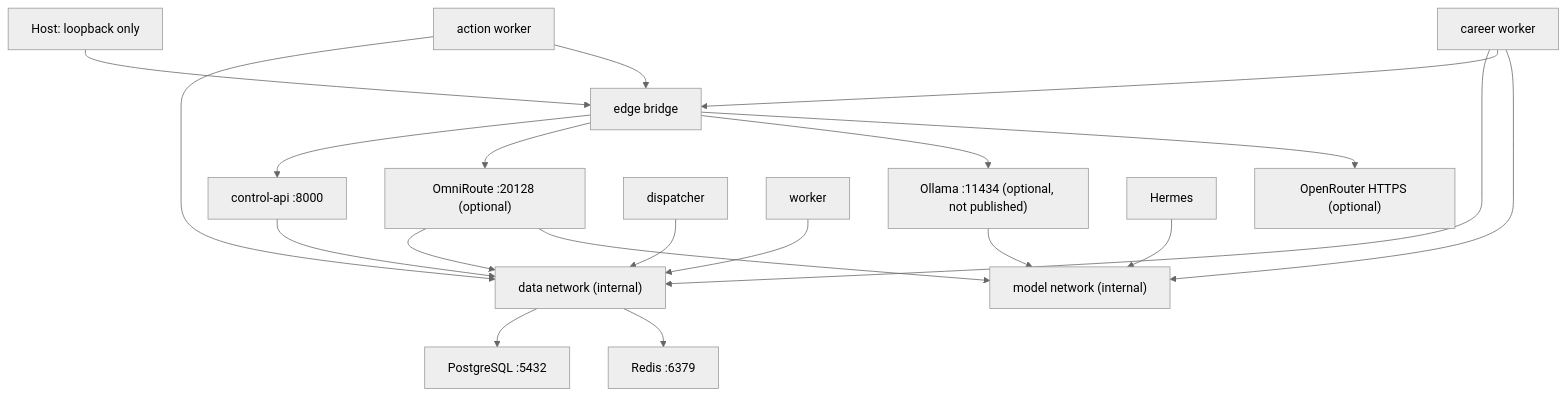
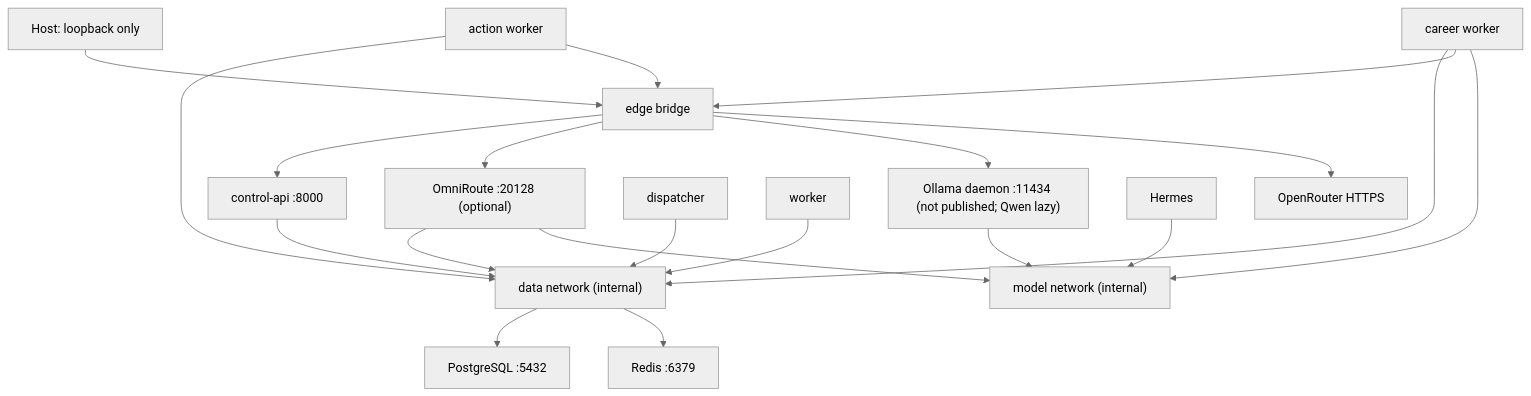
The diagram in docs/architecture/networking.md (ReaperXD67/autonomous-personal-agent), drawn with Mermaid (neutral theme) before and after one commit. The commit also changed other lines of this file and 48 other files, not shown here.

````diff
--- a/docs/architecture/networking.md
+++ b/docs/architecture/networking.md
@@ -3,24 +3,24 @@
 ```mermaid
 flowchart TB
     HOST["Host: loopback only"] --> EDGE["edge bridge"]
     EDGE --> API["control-api :8000"]
     EDGE --> OR["OmniRoute :20128 (optional)"]
-    EDGE --> OL["Ollama :11434 (optional, not published)"]
+    EDGE --> OL["Ollama daemon :11434 (not published; Qwen lazy)"]
 
     API --> DATA["data network (internal)"]
     DISPATCHER["dispatcher"] --> DATA
     WORKER["worker"] --> DATA
     JOB["career worker"] --> DATA
     JOB --> EDGE
-    EDGE --> OPENROUTER["OpenRouter HTTPS (optional)"]
+    EDGE --> OPENROUTER["OpenRouter HTTPS"]
     JOB --> MODEL
     ACTION["action worker"] --> DATA
     ACTION --> EDGE
     OR --> DATA
     DATA --> PG["PostgreSQL :5432"]
     DATA --> REDIS["Redis :6379"]
 
     H["Hermes"] --> MODEL["model network (internal)"]
     OR --> MODEL
     OL --> MODEL
 ```
````
